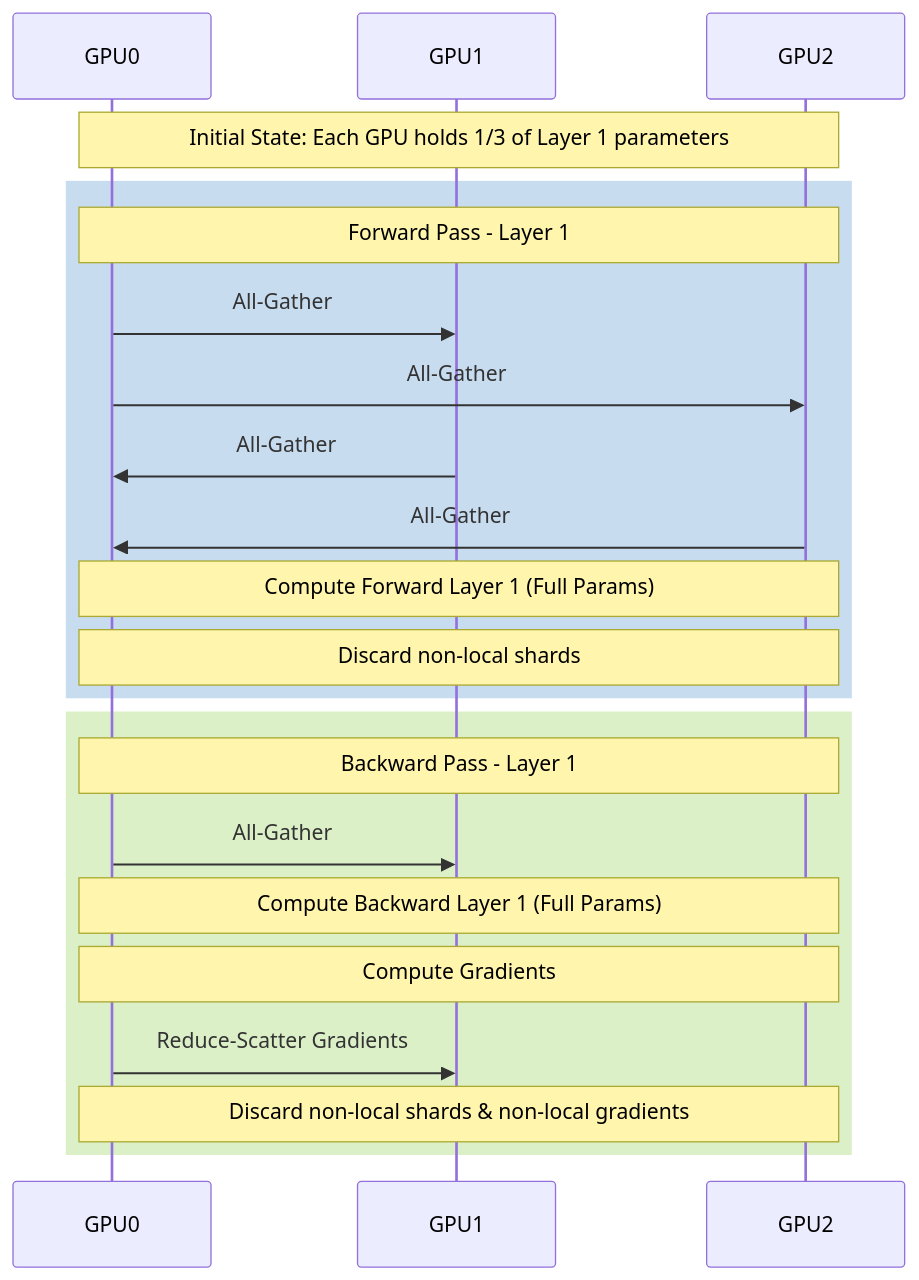
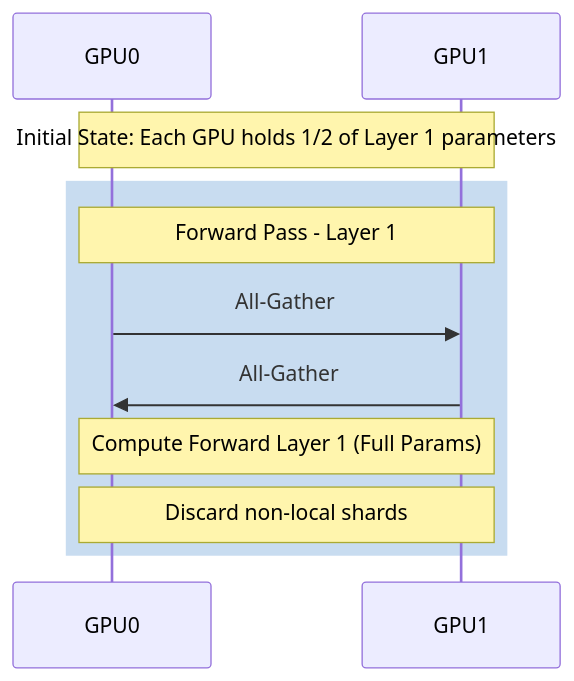
The diagram in docs/nvidia-zero-to-hero/volume-13/chapter-04-fsdp-and-parameter-sharding.md (jithinpnjm/nvidia-devops), drawn with Mermaid before and after one commit. The commit also changed other lines of this file and 3 other files, not shown here.

Commit message:
docs: restructure chapters 4-7 to strict top-level flow format

````diff
--- a/docs/nvidia-zero-to-hero/volume-13/chapter-04-fsdp-and-parameter-sharding.md
+++ b/docs/nvidia-zero-to-hero/volume-13/chapter-04-fsdp-and-parameter-sharding.md
@@ -31,27 +23,13 @@
 ```mermaid
 sequenceDiagram
     participant GPU0
     participant GPU1
-    participant GPU2
-    
-    Note over GPU0,GPU2: Initial State: Each GPU holds 1/3 of Layer 1 parameters
-    
+    Note over GPU0,GPU1: Initial State: Each GPU holds 1/2 of Layer 1 parameters
     rect rgb(200, 220, 240)
-        Note over GPU0,GPU2: Forward Pass - Layer 1
+        Note over GPU0,GPU1: Forward Pass - Layer 1
         GPU0->>GPU1: All-Gather
-        GPU0->>GPU2: All-Gather
         GPU1->>GPU0: All-Gather
-        GPU2->>GPU0: All-Gather
-        Note over GPU0,GPU2: Compute Forward Layer 1 (Full Params)
-        Note over GPU0,GPU2: Discard non-local shards
-    end
-    
-    rect rgb(220, 240, 200)
-        Note over GPU0,GPU2: Backward Pass - Layer 1
-        GPU0->>GPU1: All-Gather
-        Note over GPU0,GPU2: Compute Backward Layer 1 (Full Params)
-        Note over GPU0,GPU2: Compute Gradients
-        GPU0->>GPU1: Reduce-Scatter Gradients
-        Note over GPU0,GPU2: Discard non-local shards & non-local gradients
+        Note over GPU0,GPU1: Compute Forward Layer 1 (Full Params)
+        Note over GPU0,GPU1: Discard non-local shards
     end
 ```
````
